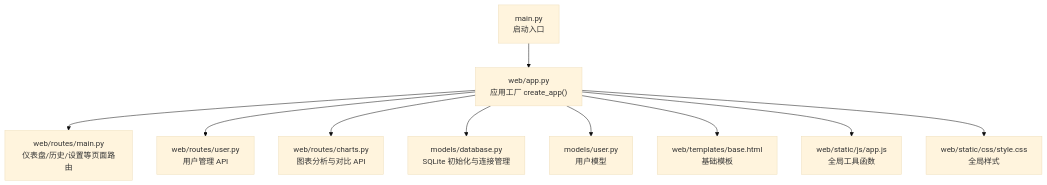
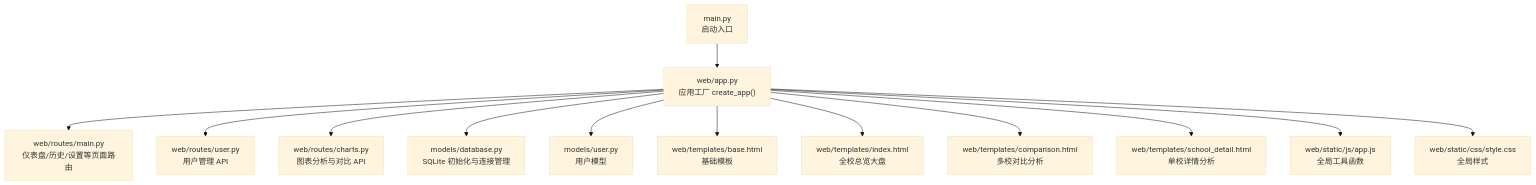
The first of 5 diagrams in .qoder/repowiki/zh/content/Web应用/Web应用.md (oreovan567-pixel/middle-platform-data-collector), drawn with Mermaid (base theme) before and after one commit. The commit also changed other lines of this file and 11 other files, not shown here.

````diff
--- a/.qoder/repowiki/zh/content/Web应用/Web应用.md
+++ b/.qoder/repowiki/zh/content/Web应用/Web应用.md
@@ -43,12 +56,15 @@
 ```mermaid
 graph TB
 A["main.py<br/>启动入口"] --> B["web/app.py<br/>应用工厂 create_app()"]
 B --> C["web/routes/main.py<br/>仪表盘/历史/设置等页面路由"]
 B --> D["web/routes/user.py<br/>用户管理 API"]
 B --> E["web/routes/charts.py<br/>图表分析与对比 API"]
 B --> F["models/database.py<br/>SQLite 初始化与连接管理"]
 B --> G["models/user.py<br/>用户模型"]
 B --> H["web/templates/base.html<br/>基础模板"]
-B --> I["web/static/js/app.js<br/>全局工具函数"]
-B --> J["web/static/css/style.css<br/>全局样式"]
+B --> I["web/templates/index.html<br/>全校总览大盘"]
+B --> J["web/templates/comparison.html<br/>多校对比分析"]
+B --> K["web/templates/school_detail.html<br/>单校详情分析"]
+B --> L["web/static/js/app.js<br/>全局工具函数"]
+B --> M["web/static/css/style.css<br/>全局样式"]
 ```
````
